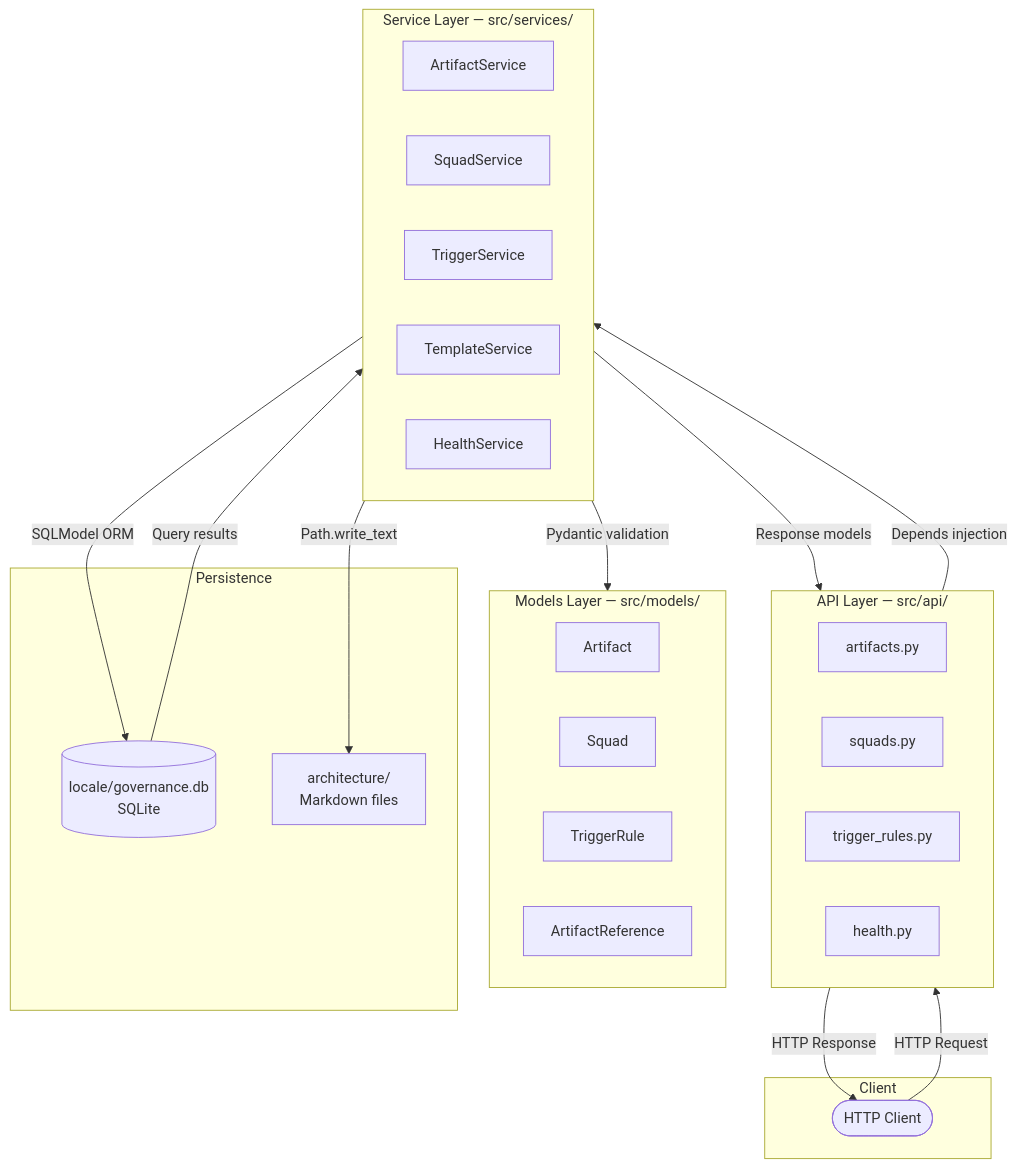
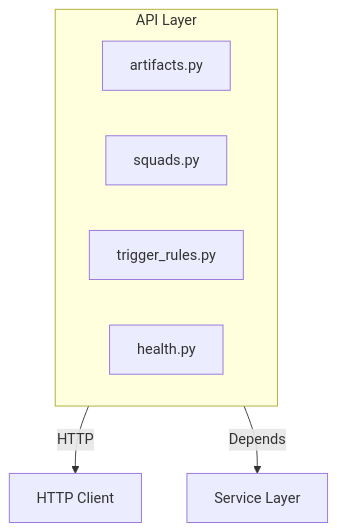
One commit to sophie-pyxis/adr_hub changed the second of 15 diagrams in README.md. Above: the diagram before and after it, drawn with Mermaid. The commit also changed other lines of this file, not shown here.

First line of the commit message:
Simplify architectural diagrams for enterprise readability

````diff
--- a/README.md
+++ b/README.md
@@ -32,42 +88,12 @@
 ```mermaid
 flowchart TB
-    subgraph Client
-        HTTP([HTTP Client])
-    end
-
-    subgraph API["API Layer — src/api/"]
+    subgraph API["API Layer"]
         A1[artifacts.py]
         A2[squads.py]
         A3[trigger_rules.py]
         A4[health.py]
     end
-
-    subgraph Services["Service Layer — src/services/"]
-        S1[ArtifactService]
-        S2[SquadService]
-        S3[TriggerService]
-        S4[TemplateService]
-        S5[HealthService]
-    end
-
-    subgraph Models["Models Layer — src/models/"]
-        M1[Artifact]
-        M2[Squad]
-        M3[TriggerRule]
-        M4[ArtifactReference]
-    end
-
-    subgraph Persistence
-        DB[(locale/governance.db<br/>SQLite)]
-        FS[architecture/<br/>Markdown files]
-    end
-
-    HTTP -->|HTTP Request| API
-    API -->|Depends injection| Services
-    Services -->|Pydantic validation| Models
-    Services -->|SQLModel ORM| DB
-    Services -->|Path.write_text| FS
-    DB -->|Query results| Services
-    Services -->|Response models| API
-    API -->|HTTP Response| HTTP
+    
+    API -->|HTTP| Client[HTTP Client]
+    API -->|Depends| Services[Service Layer]
 ```
````
